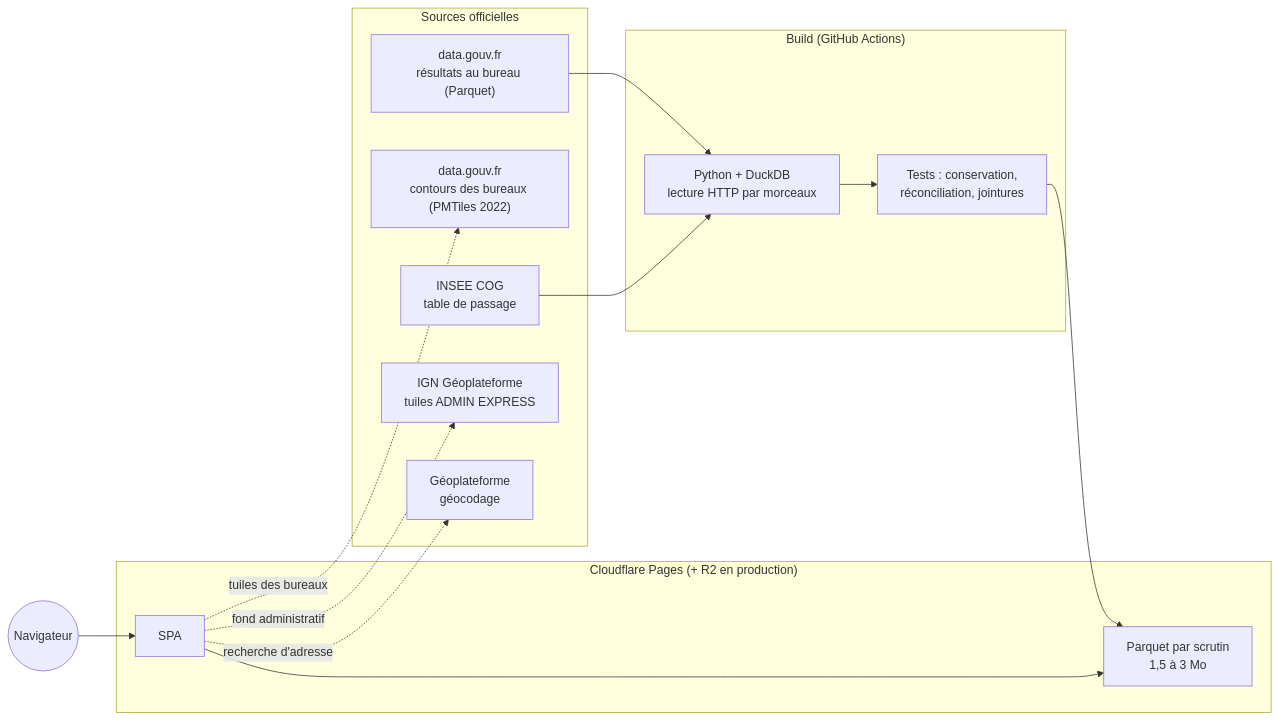
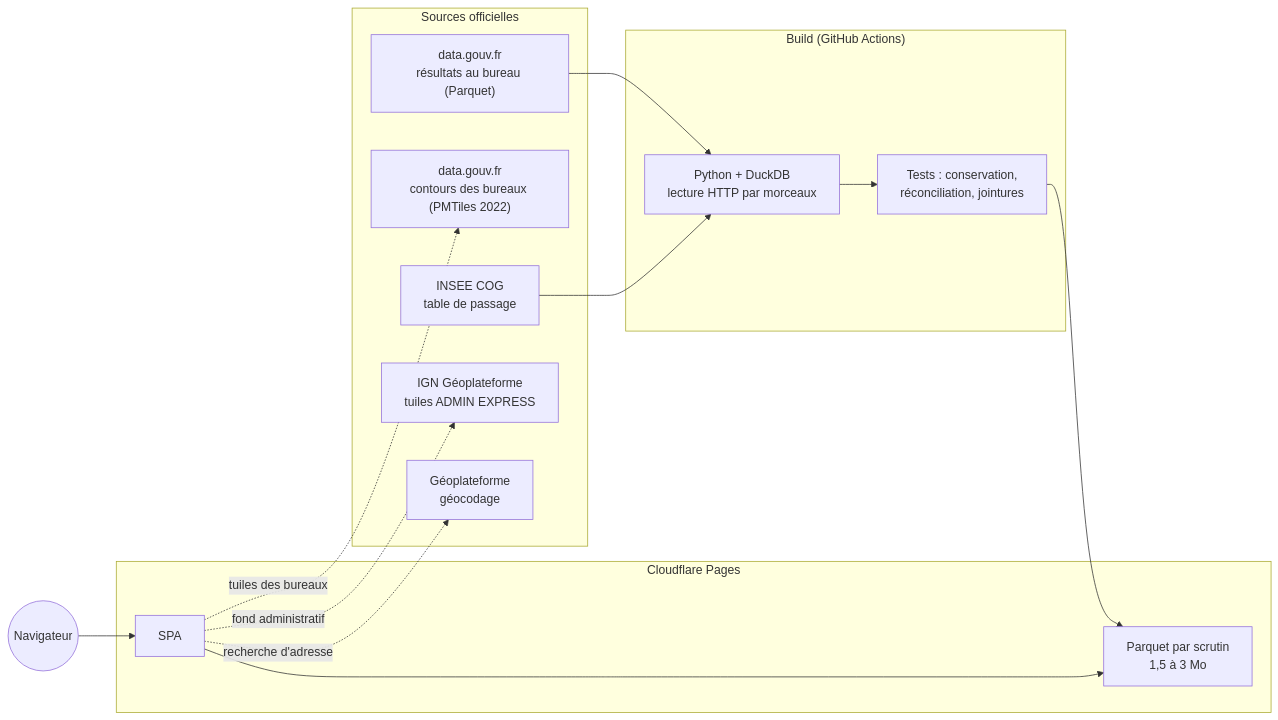
The diagram in docs/PLAN.md (aurelien032-glitch/atlas-electoral), drawn with Mermaid before and after one commit. The commit also changed other lines of this file, not shown here.

````diff
--- a/docs/PLAN.md
+++ b/docs/PLAN.md
@@ -281,26 +284,26 @@
 ```mermaid
 flowchart LR
   subgraph SRC["Sources officielles"]
     R["data.gouv.fr<br/>résultats au bureau (Parquet)"]
     B["data.gouv.fr<br/>contours des bureaux (PMTiles 2022)"]
     C["INSEE COG<br/>table de passage"]
     I["IGN Géoplateforme<br/>tuiles ADMIN EXPRESS"]
     G["Géoplateforme<br/>géocodage"]
   end
   subgraph BUILD["Build (GitHub Actions)"]
     P["Python + DuckDB<br/>lecture HTTP par morceaux"]
     Q["Tests : conservation,<br/>réconciliation, jointures"]
   end
-  subgraph HOST["Cloudflare Pages (+ R2 en production)"]
+  subgraph HOST["Cloudflare Pages"]
     S["SPA"]
     F["Parquet par scrutin<br/>1,5 à 3 Mo"]
   end
   R --> P
   C --> P
   P --> Q --> F
   U(("Navigateur")) --> S
   S --> F
   S -. "tuiles des bureaux" .-> B
   S -. "fond administratif" .-> I
   S -. "recherche d'adresse" .-> G
 ```
````
